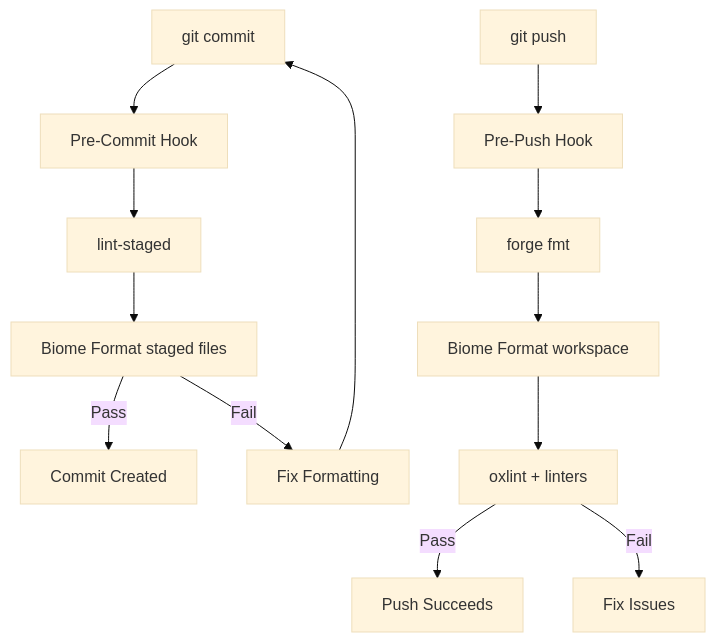
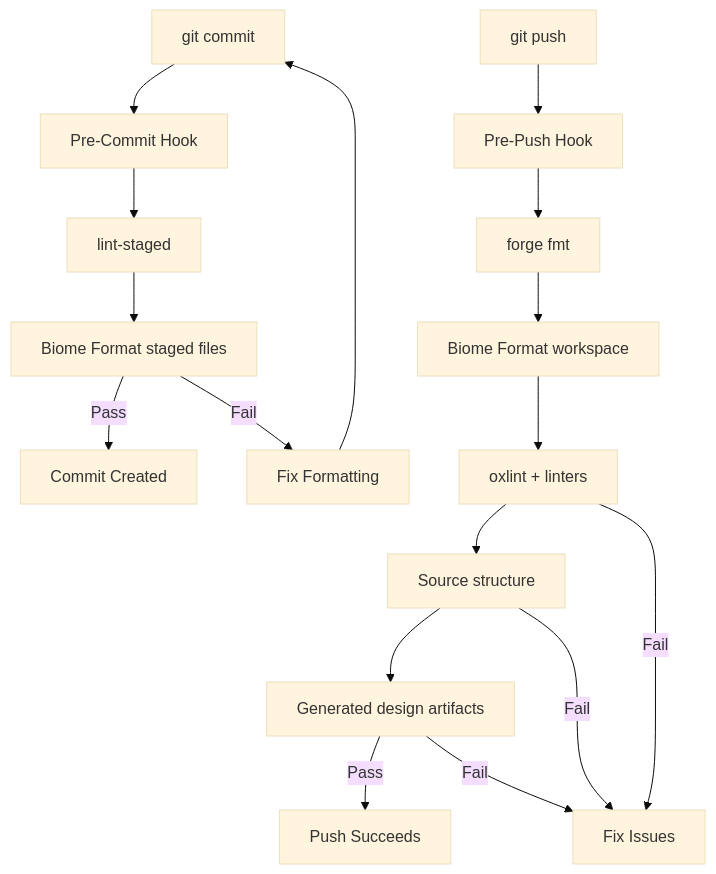
One commit to greenpill-dev-guild/green-goods changed the diagram in docs/docs/builders/quality/husky.mdx. Above: the diagram before and after it, drawn with Mermaid (base theme). The commit also changed other lines of this file and 1 other file, not shown here.

Commit message:
perf(shared): guard source and design before push

````diff
--- a/docs/docs/builders/quality/husky.mdx
+++ b/docs/docs/builders/quality/husky.mdx
@@ -23,15 +23,19 @@
 ```mermaid
 flowchart TD
     GC[git commit] --> PC[Pre-Commit Hook]
     PC --> LS[lint-staged]
     LS --> BF[Biome Format staged files]
     BF --> |Pass| Commit[Commit Created]
     BF --> |Fail| Fix[Fix Formatting]
     Fix --> GC
     GP[git push] --> PP[Pre-Push Hook]
     PP --> FC[forge fmt]
     FC --> BF2[Biome Format workspace]
     BF2 --> Lint[oxlint + linters]
-    Lint --> |Pass| Push[Push Succeeds]
+    Lint --> SS[Source structure]
+    SS --> DG[Generated design artifacts]
+    DG --> |Pass| Push[Push Succeeds]
     Lint --> |Fail| Fix2[Fix Issues]
+    SS --> |Fail| Fix2
+    DG --> |Fail| Fix2
 ```
````
